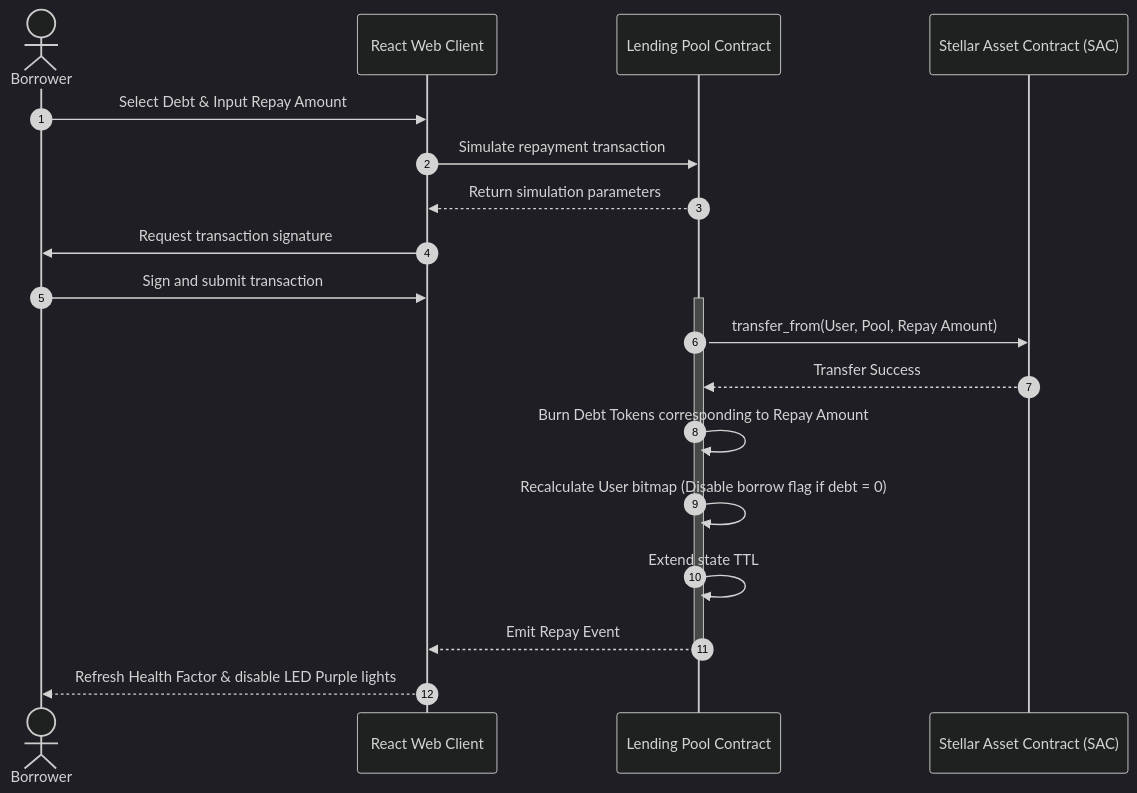
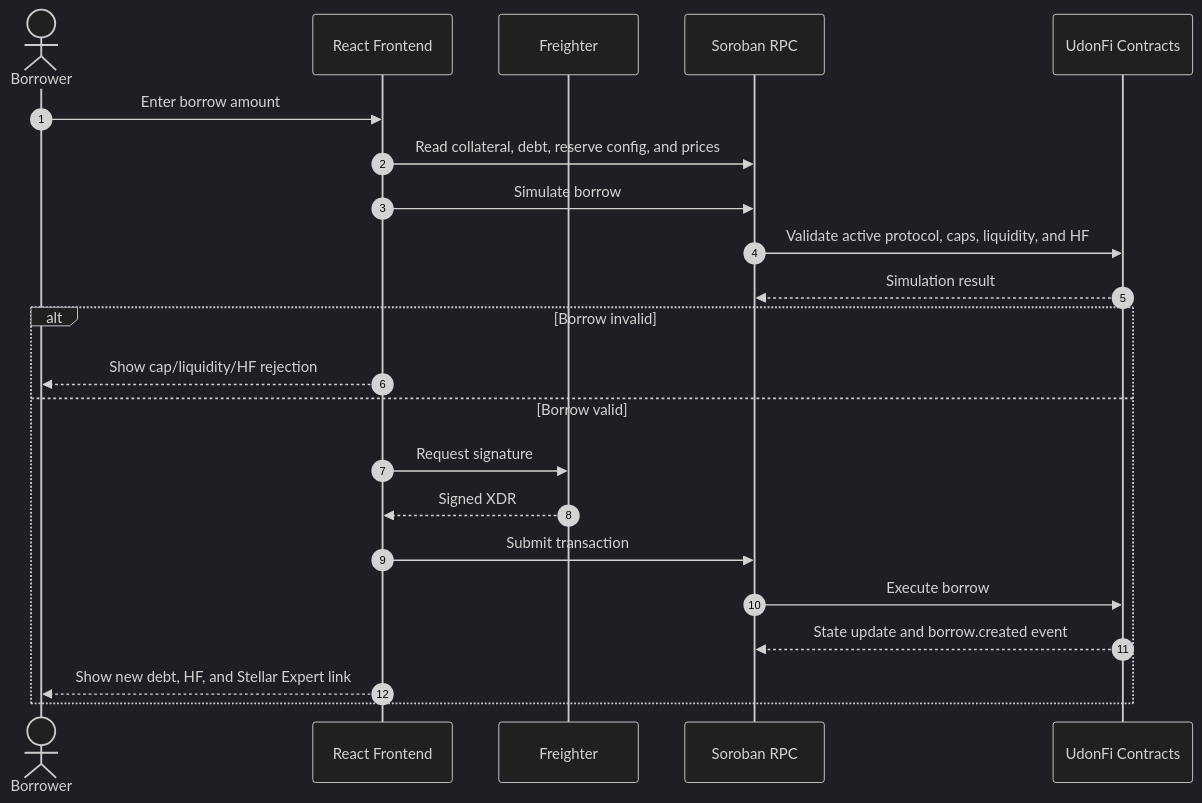
Before and after one commit to TheAnh1404/UdonFi: the third of 5 diagrams in docs/04-business-flows.md, drawn with Mermaid (dark theme). The commit also changed other lines of this file and 191 other files, not shown here.

````diff
--- a/docs/04-business-flows.md
+++ b/docs/04-business-flows.md
@@ -86,23 +60,25 @@
 ```mermaid
 sequenceDiagram
     autonumber
     actor User as Borrower
-    participant UI as React Web Client
-    participant Pool as Lending Pool Contract
-    participant Token as Stellar Asset Contract (SAC)
-    
-    User->>UI: Select Debt & Input Repay Amount
-    UI->>Pool: Simulate repayment transaction
-    Pool-->>UI: Return simulation parameters
-    UI->>User: Request transaction signature
-    User->>UI: Sign and submit transaction
-    activate Pool
-    Pool->>Token: transfer_from(User, Pool, Repay Amount)
-    Token-->>Pool: Transfer Success
-    Pool->>Pool: Burn Debt Tokens corresponding to Repay Amount
-    Pool->>Pool: Recalculate User bitmap (Disable borrow flag if debt = 0)
-    Pool->>Pool: Extend state TTL
-    Pool-->>UI: Emit Repay Event
-    deactivate Pool
-    UI-->>User: Refresh Health Factor & disable LED Purple lights
+    participant UI as React Frontend
+    participant Wallet as Freighter
+    participant RPC as Soroban RPC
+    participant Contracts as UdonFi Contracts
+
+    User->>UI: Enter borrow amount
+    UI->>RPC: Read collateral, debt, reserve config, and prices
+    UI->>RPC: Simulate borrow
+    RPC->>Contracts: Validate active protocol, caps, liquidity, and HF
+    Contracts-->>RPC: Simulation result
+    alt Borrow invalid
+        UI-->>User: Show cap/liquidity/HF rejection
+    else Borrow valid
+        UI->>Wallet: Request signature
+        Wallet-->>UI: Signed XDR
+        UI->>RPC: Submit transaction
+        RPC->>Contracts: Execute borrow
+        Contracts-->>RPC: State update and borrow.created event
+        UI-->>User: Show new debt, HF, and Stellar Expert link
+    end
 ```
````
